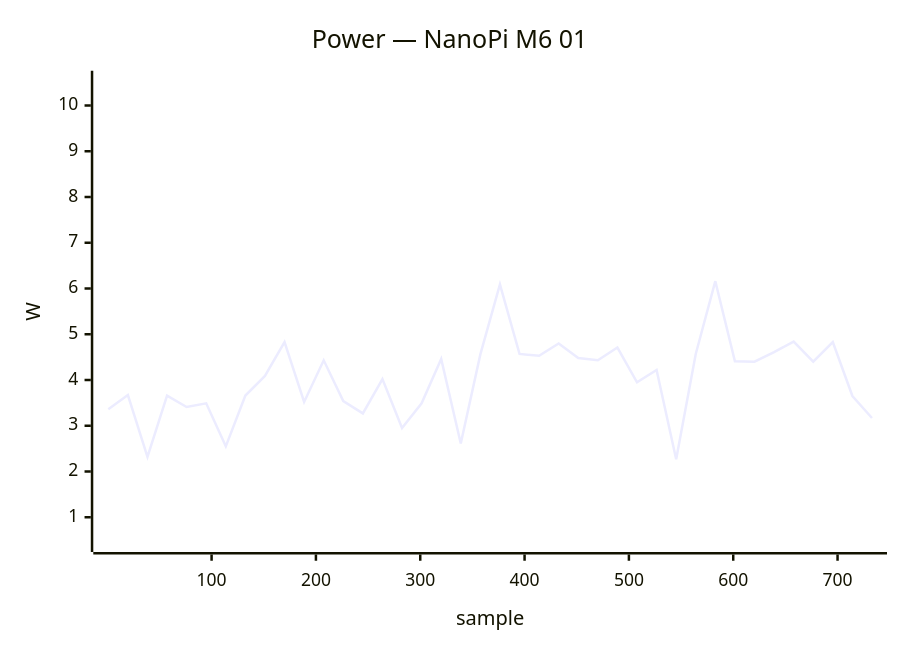
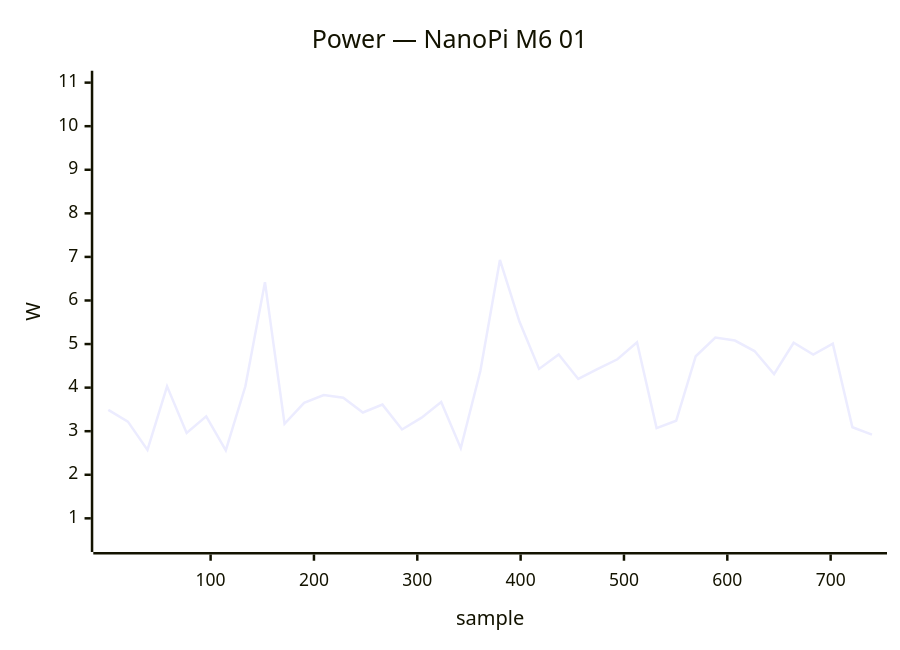
Before and after one commit to armbian/documentation: diagram 18 of 34 in docs/status/board-tests.md, drawn with Mermaid. The commit also changed other lines of this file, not shown here.

````diff
--- a/docs/status/board-tests.md
+++ b/docs/status/board-tests.md
@@ -928,7 +980,7 @@
 ```mermaid
 xychart-beta
     title "Power — NanoPi M6 01"
-    x-axis "sample" 1 --> 733
-    y-axis "W" 0.5 --> 10.5
-    line [3.36, 3.67, 2.32, 3.66, 3.41, 3.49, 2.55, 3.66, 4.09, 4.83, 3.52, 4.43, 3.54, 3.27, 4.02, 2.95, 3.49, 4.46, 2.61, 4.56, 6.09, 4.57, 4.53, 4.80, 4.48, 4.43, 4.71, 3.95, 4.22, 2.27, 4.57, 6.16, 4.41, 4.40, 4.61, 4.84, 4.40, 4.83, 3.65, 3.17]
+    x-axis "sample" 1 --> 740
+    y-axis "W" 0.5 --> 11.0
+    line [3.49, 3.22, 2.57, 4.03, 2.96, 3.34, 2.56, 4.03, 6.42, 3.17, 3.65, 3.83, 3.77, 3.43, 3.61, 3.04, 3.31, 3.67, 2.61, 4.38, 6.93, 5.51, 4.43, 4.76, 4.20, 4.43, 4.65, 5.04, 3.07, 3.24, 4.72, 5.15, 5.08, 4.84, 4.31, 5.03, 4.76, 5.01, 3.09, 2.92]
 ```
````
